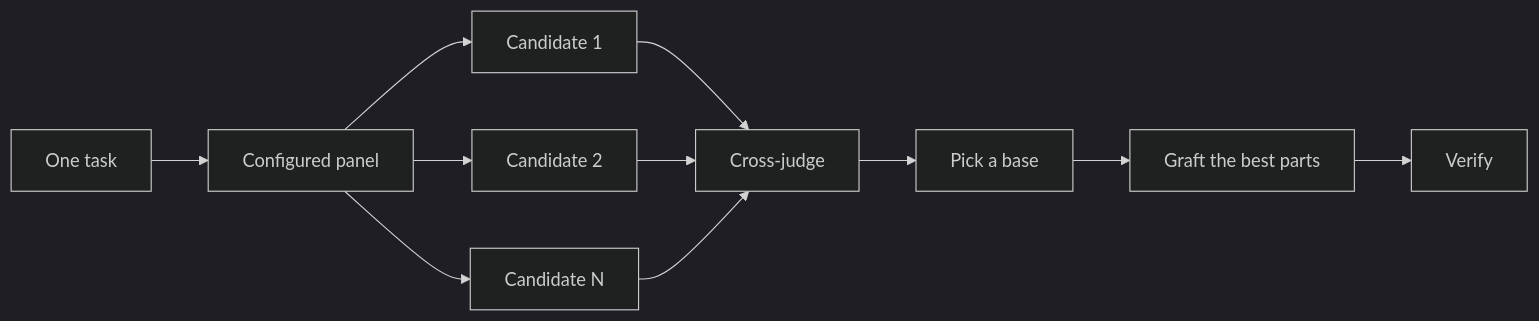
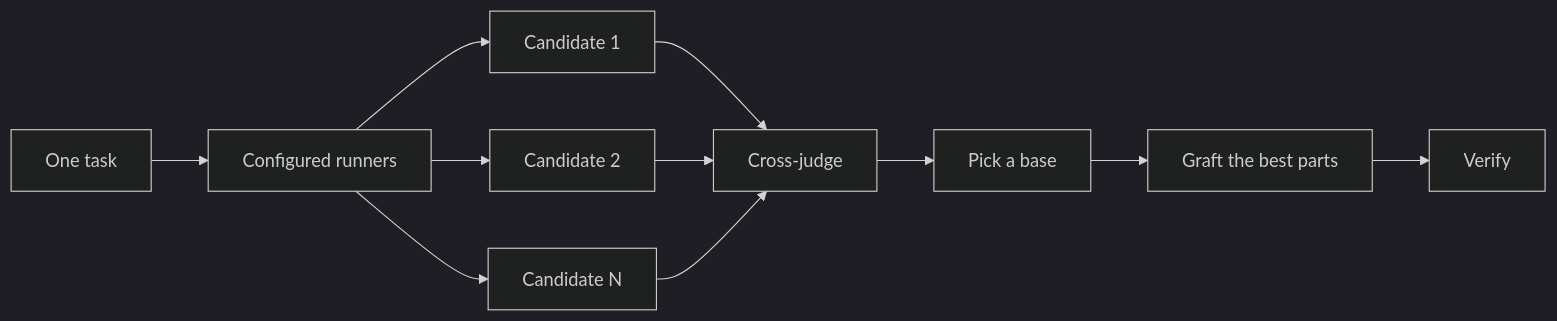
Before and after one commit to anhminhnguyenhoang/mstack: the diagram in docs/guide/04-design.md, drawn with Mermaid (dark theme). The commit also changed other lines of this file and 9 other files, not shown here.

````diff
--- a/docs/guide/04-design.md
+++ b/docs/guide/04-design.md
@@ -33,13 +33,13 @@
 ```mermaid
 flowchart LR
-    A[One task] --> B[Configured panel]
+    A[One task] --> B[Configured runners]
     B --> C[Candidate 1]
     B --> D[Candidate 2]
     B --> E[Candidate N]
     C --> F[Cross-judge]
     D --> F
     E --> F
     F --> G[Pick a base]
     G --> H[Graft the best parts]
     H --> I[Verify]
 ```
````
